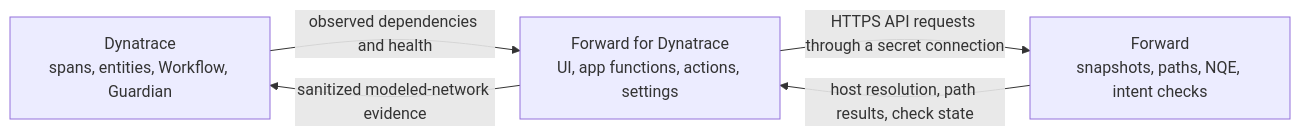
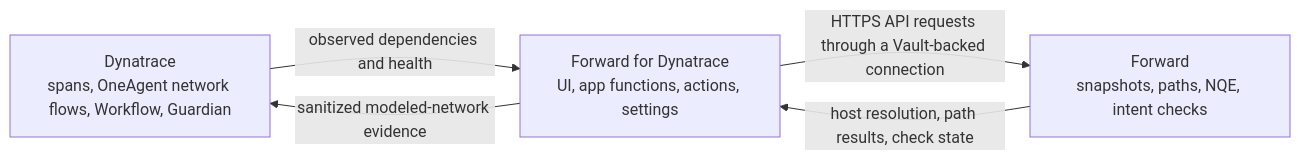
One commit to forwardnetworks/forward-dynatrace changed the diagram in README.md. Above: the diagram before and after it, drawn with Mermaid. The commit also changed other lines of this file and 119 other files, not shown here.

First line of the commit message:
Harden Forward sync and add Vault-backed dual-source discovery (#17)

````diff
--- a/README.md
+++ b/README.md
@@ -28,11 +28,11 @@
 ```mermaid
 flowchart LR
-  DT["Dynatrace<br/>spans, entities, Workflow, Guardian"]
+  DT["Dynatrace<br/>spans, OneAgent network flows, Workflow, Guardian"]
   APP["Forward for Dynatrace<br/>UI, app functions, actions, settings"]
   FWD["Forward<br/>snapshots, paths, NQE, intent checks"]
 
   DT -->|observed dependencies and health| APP
   APP -->|sanitized modeled-network evidence| DT
-  APP -->|HTTPS API requests through a secret connection| FWD
+  APP -->|HTTPS API requests through a Vault-backed connection| FWD
   FWD -->|host resolution, path results, check state| APP
 ```
````
